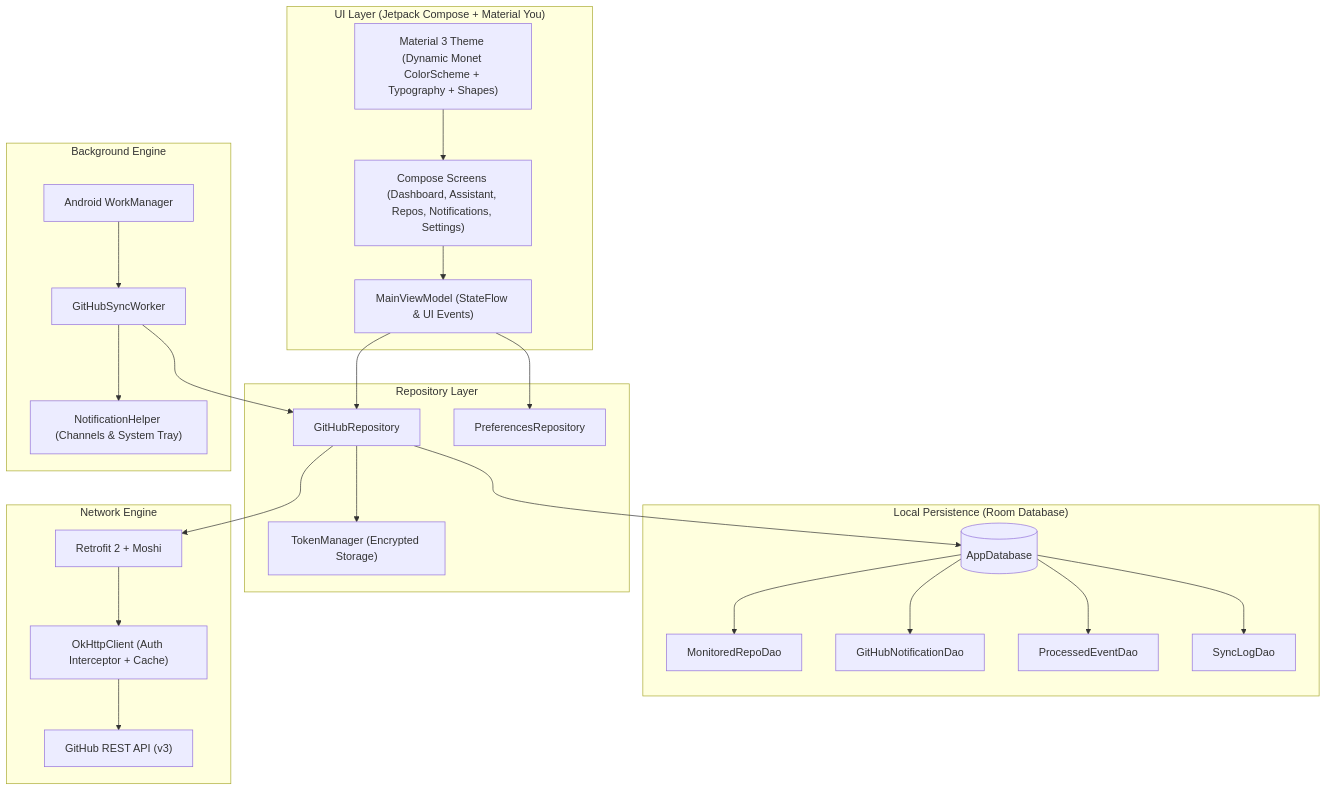
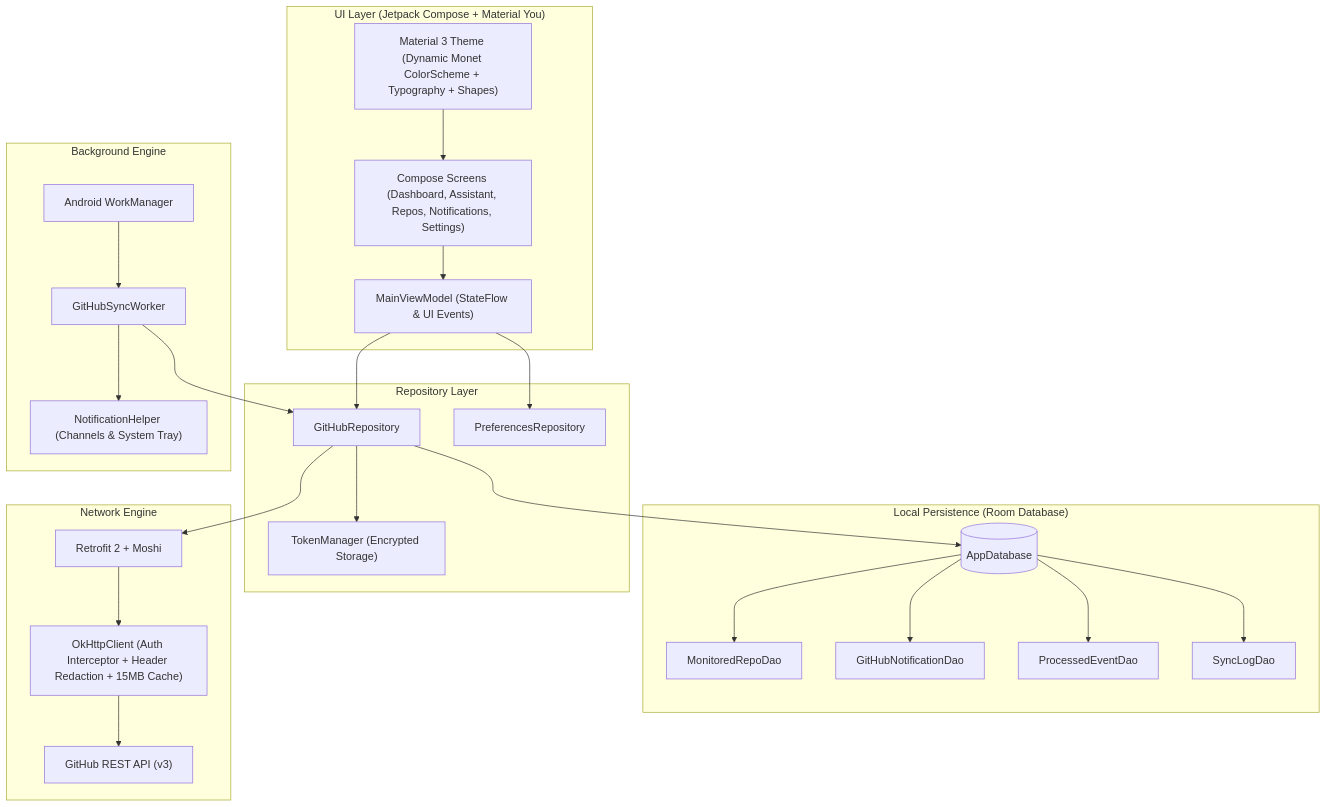
Before and after one commit to gininaba/MadoGit: the diagram in docs/architecture.md, drawn with Mermaid. The commit also changed other lines of this file and 37 other files, not shown here.

````diff
--- a/docs/architecture.md
+++ b/docs/architecture.md
@@ -26,50 +26,50 @@
 ```mermaid
 graph TD
     subgraph UI Layer ["UI Layer (Jetpack Compose + Material You)"]
         UI_Screens["Compose Screens (Dashboard, Assistant, Repos, Notifications, Settings)"]
         Theme["Material 3 Theme (Dynamic Monet ColorScheme + Typography + Shapes)"]
         VM["MainViewModel (StateFlow & UI Events)"]
         UI_Screens --> VM
         Theme --> UI_Screens
     end
 
     subgraph Domain & Repository Layer ["Repository Layer"]
         Repo["GitHubRepository"]
         PrefsRepo["PreferencesRepository"]
         TokenMgr["TokenManager (Encrypted Storage)"]
         VM --> Repo
         VM --> PrefsRepo
         Repo --> TokenMgr
     end
 
     subgraph Persistence Layer ["Local Persistence (Room Database)"]
         DB[("AppDatabase")]
         RepoDao["MonitoredRepoDao"]
         NotifDao["GitHubNotificationDao"]
         EventDao["ProcessedEventDao"]
         SyncDao["SyncLogDao"]
         DB --> RepoDao
         DB --> NotifDao
         DB --> EventDao
         DB --> SyncDao
         Repo --> DB
     end
 
     subgraph Network Layer ["Network Engine"]
         Retrofit["Retrofit 2 + Moshi"]
-        OkHttp["OkHttpClient (Auth Interceptor + Cache)"]
+        OkHttp["OkHttpClient (Auth Interceptor + Header Redaction + 15MB Cache)"]
         GitHubAPI["GitHub REST API (v3)"]
         Retrofit --> OkHttp
         OkHttp --> GitHubAPI
         Repo --> Retrofit
     end
 
     subgraph Background Processing ["Background Engine"]
         WM["Android WorkManager"]
         Worker["GitHubSyncWorker"]
         NotifHelper["NotificationHelper (Channels & System Tray)"]
         WM --> Worker
         Worker --> Repo
         Worker --> NotifHelper
     end
 ```
````
